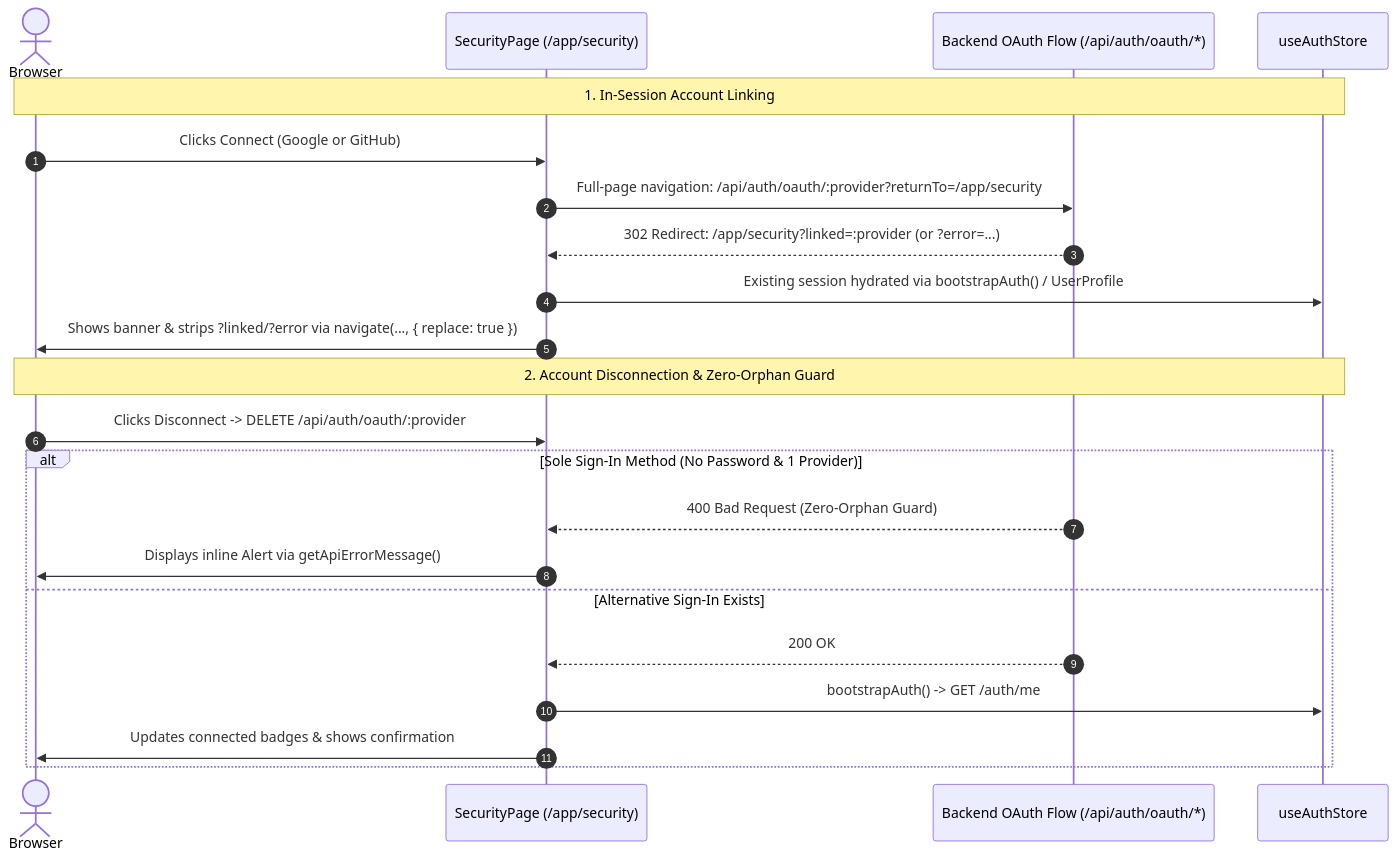
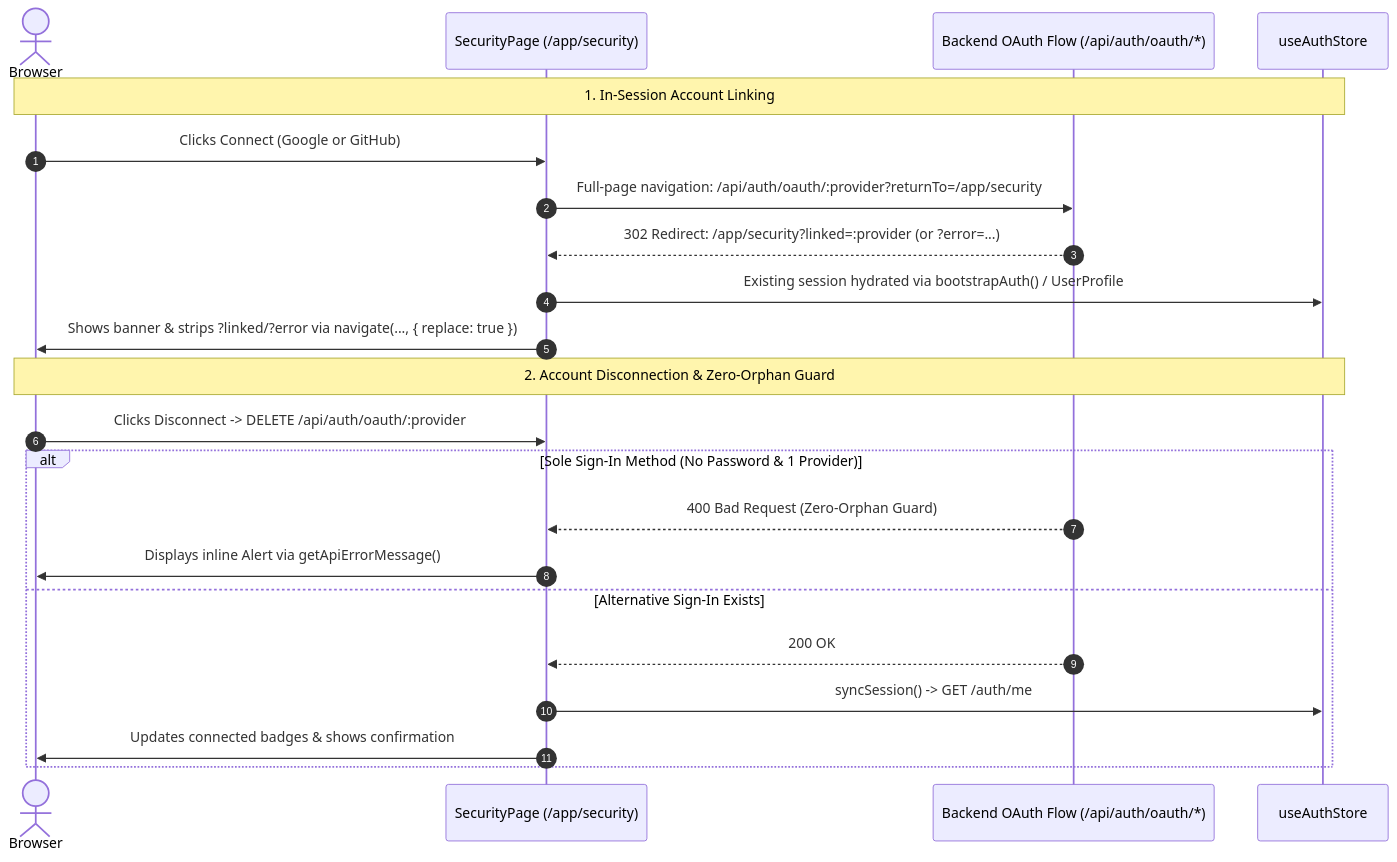
The eighth of 9 diagrams in docs/FRONTEND_ARCHITECTURE.md (utkarshj014/authsphere), drawn with Mermaid before and after one commit. The commit also changed other lines of this file and 12 other files, not shown here.

````diff
--- a/docs/FRONTEND_ARCHITECTURE.md
+++ b/docs/FRONTEND_ARCHITECTURE.md
@@ -363,26 +363,26 @@
 ```mermaid
 sequenceDiagram
     autonumber
     actor User as Browser
     participant Sec as SecurityPage (/app/security)
     participant Backend as Backend OAuth Flow (/api/auth/oauth/*)
     participant Store as useAuthStore
 
     Note over User, Store: 1. In-Session Account Linking
     User->>Sec: Clicks Connect (Google or GitHub)
     Sec->>Backend: Full-page navigation: /api/auth/oauth/:provider?returnTo=/app/security
     Backend-->>Sec: 302 Redirect: /app/security?linked=:provider (or ?error=...)
     Sec->>Store: Existing session hydrated via bootstrapAuth() / UserProfile
     Sec->>User: Shows banner & strips ?linked/?error via navigate(..., { replace: true })
 
     Note over User, Store: 2. Account Disconnection & Zero-Orphan Guard
     User->>Sec: Clicks Disconnect -> DELETE /api/auth/oauth/:provider
     alt Sole Sign-In Method (No Password & 1 Provider)
         Backend-->>Sec: 400 Bad Request (Zero-Orphan Guard)
         Sec->>User: Displays inline Alert via getApiErrorMessage()
     else Alternative Sign-In Exists
         Backend-->>Sec: 200 OK
-        Sec->>Store: bootstrapAuth() -> GET /auth/me
+        Sec->>Store: syncSession() -> GET /auth/me
         Sec->>User: Updates connected badges & shows confirmation
     end
 ```
````
